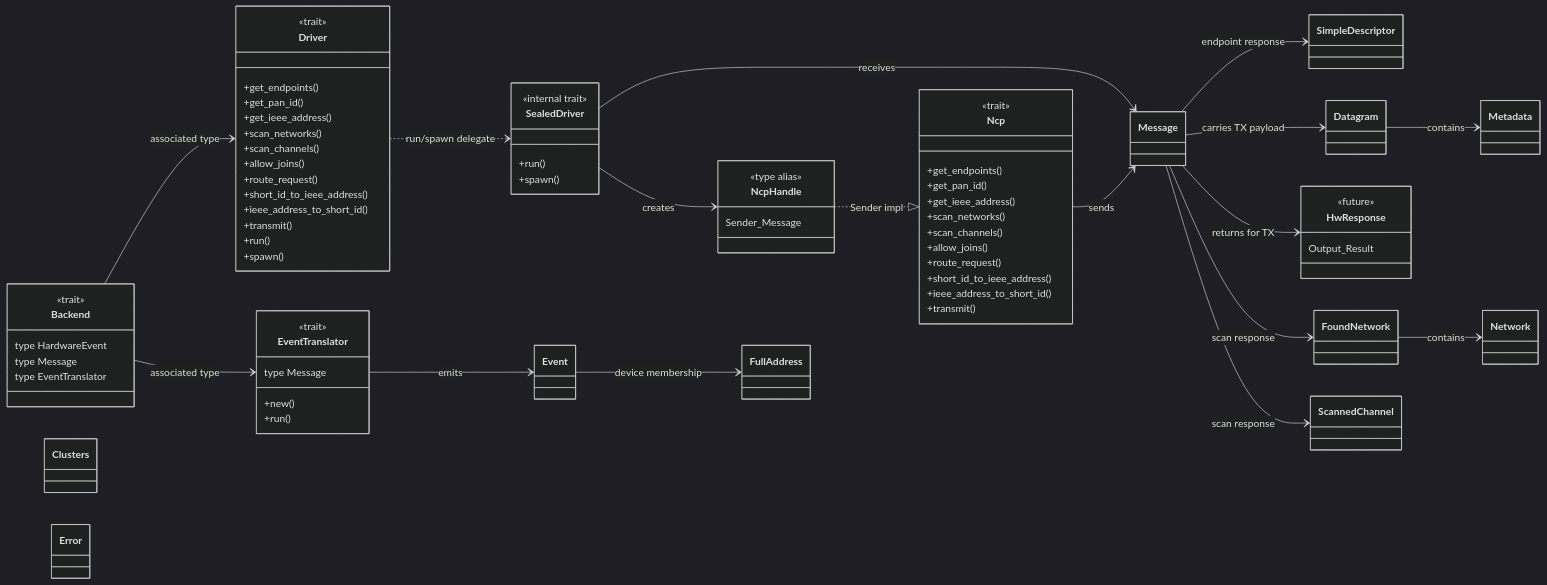
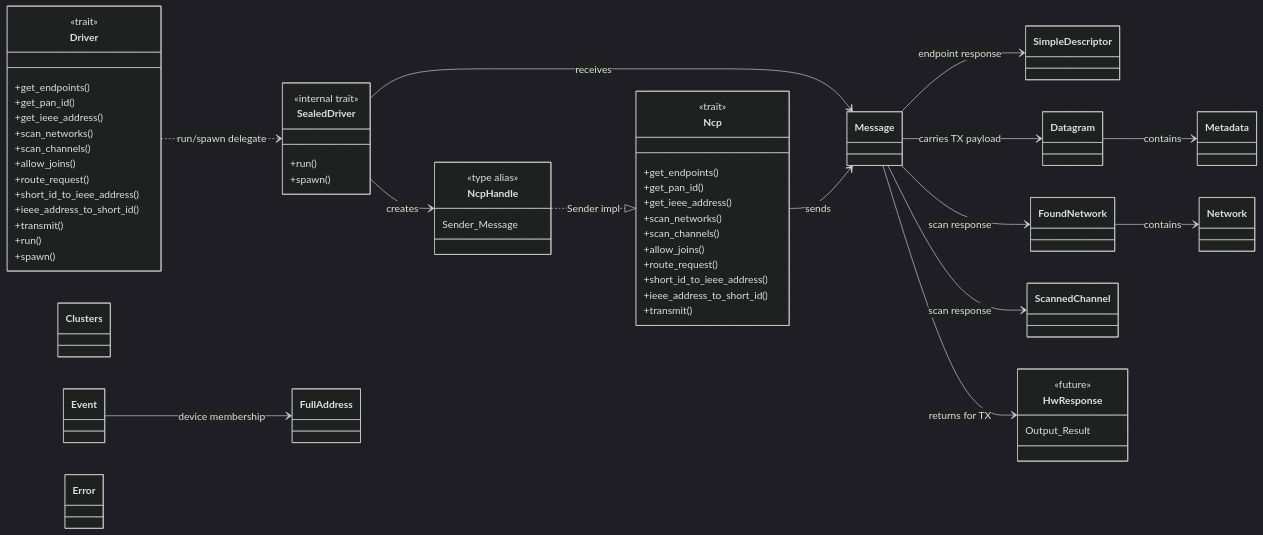
One commit to PaulmannLighting/apis-saltans changed the first of 4 diagrams in hw/ARCHITECTURE.md. Above: the diagram before and after it, drawn with Mermaid (dark theme). The commit also changed other lines of this file and 10 other files, not shown here.

Commit message:
Reduce hardware driver API.

````diff
--- a/hw/ARCHITECTURE.md
+++ b/hw/ARCHITECTURE.md
@@ -69,13 +67,6 @@
 ```mermaid
 classDiagram
     direction LR
-
-    class Backend {
-        <<trait>>
-        type HardwareEvent
-        type Message
-        type EventTranslator
-    }
 
     class Driver {
         <<trait>>
@@ -118,13 +109,6 @@
         Sender_Message
     }
 
-    class EventTranslator {
-        <<trait>>
-        type Message
-        +new()
-        +run()
-    }
-
     class Message
     class Clusters
     class SimpleDescriptor
@@ -141,10 +125,7 @@
         Output_Result
     }
 
-    Backend --> Driver : associated type
-    Backend --> EventTranslator : associated type
     Event --> FullAddress : device membership
-    EventTranslator --> Event : emits
     Driver ..> SealedDriver : run/spawn delegate
     SealedDriver --> Message : receives
     SealedDriver --> NcpHandle : creates
````
